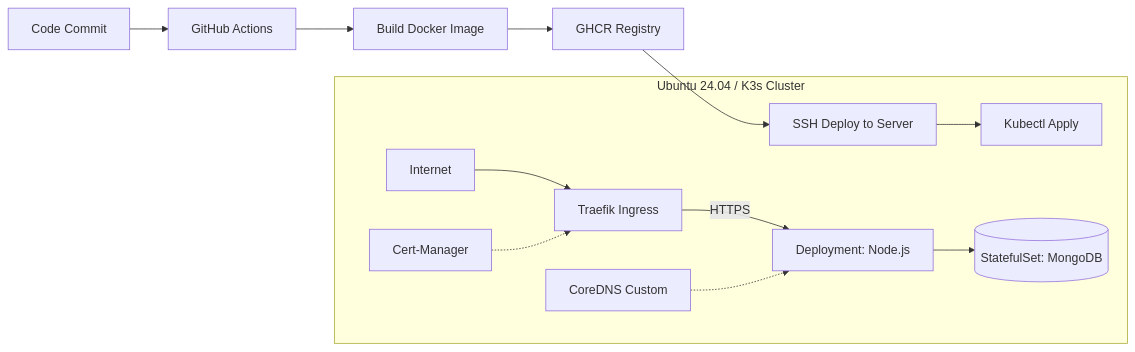
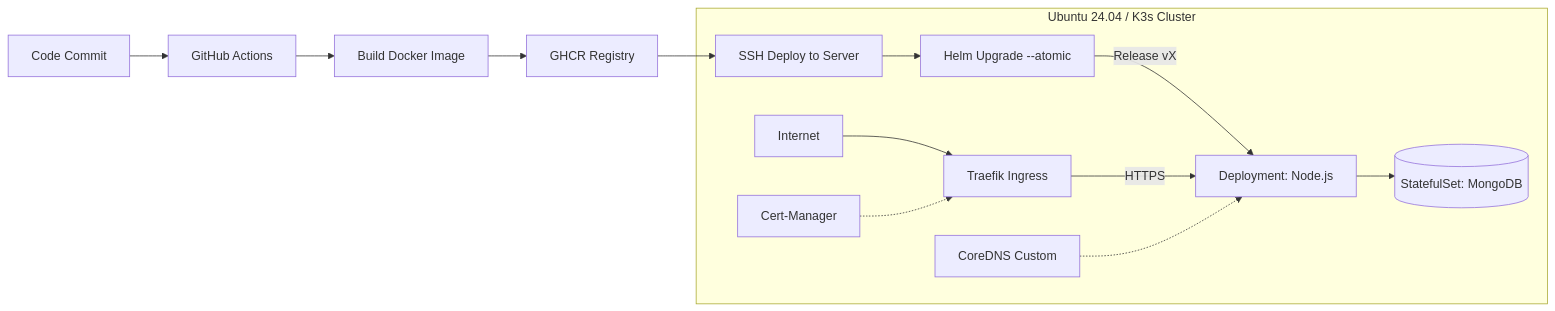
One commit to sutorminart/node-mongo-k3s-cicd changed the diagram in README.md. Above: the diagram before and after it, drawn with Mermaid. The commit also changed other lines of this file and 12 other files, not shown here.

Commit message:
upgrade app logicгзпкфву

````diff
--- a/README.md
+++ b/README.md
@@ -25,17 +27,19 @@
 ```mermaid
 graph LR
     Code[Code Commit] --> GH[GitHub Actions]
     GH --> Docker[Build Docker Image]
     Docker --> Registry[GHCR Registry]
     Registry --> SSH[SSH Deploy to Server]
     
     subgraph Server [Ubuntu 24.04 / K3s Cluster]
-        SSH --> Apply[Kubectl Apply]
+        SSH --> Helm[Helm Upgrade --atomic]
+        Helm -- Release vX --> App[Deployment: Node.js]
+        
         Internet --> Ingress[Traefik Ingress]
-        Ingress -- HTTPS --> App[Deployment: Node.js]
+        Ingress -- HTTPS --> App
         App --> DB[(StatefulSet: MongoDB)]
         
         DNS[CoreDNS Custom] -.-> App
         Cert[Cert-Manager] -.-> Ingress
     end
 ```
````
